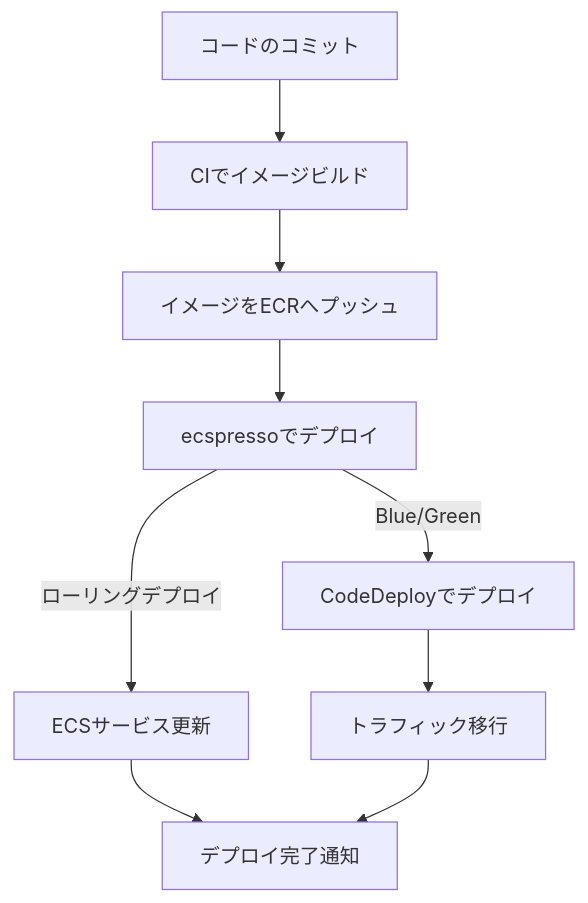
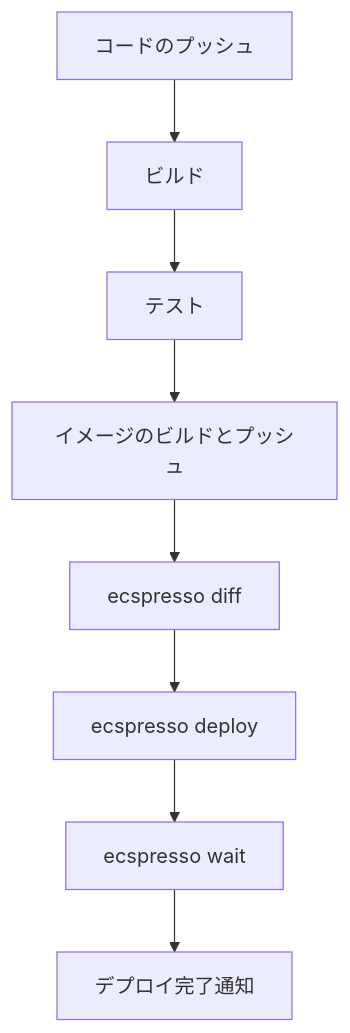
Before and after one commit to bufferings/devin-docs: the diagram in ecspresso/practical/cicd.md, drawn with Mermaid. The commit also changed other lines of this file and 32 other files, not shown here.

````diff
--- a/ecspresso/practical/cicd.md
+++ b/ecspresso/practical/cicd.md
@@ -71,11 +27,10 @@
 ```mermaid
 graph TD
-  A[コードのコミット] --> B[CIでイメージビルド]
-  B --> C[イメージをECRへプッシュ]
-  C --> D[ecspressoでデプロイ]
-  D -->|ローリングデプロイ| E[ECSサービス更新]
-  D -->|Blue/Green| F[CodeDeployでデプロイ]
-  F --> G[トラフィック移行]
-  E --> H[デプロイ完了通知]
-  G --> H
+    A[コードのプッシュ] --> B[ビルド]
+    B --> C[テスト]
+    C --> D[イメージのビルドとプッシュ]
+    D --> E[ecspresso diff]
+    E --> F[ecspresso deploy]
+    F --> G[ecspresso wait]
+    G --> H[デプロイ完了通知]
 ```
````
